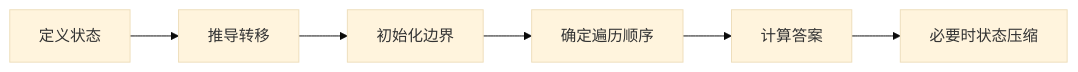
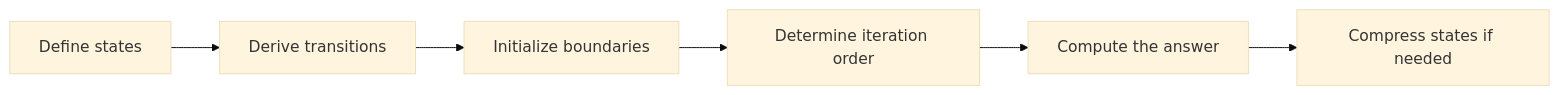
Before and after one commit to HONGLEI111/hhlblog-global: the second of 2 diagrams in src/content/technology/dp.md, drawn with Mermaid (base theme). The commit also changed 33 other files, not shown here.

First line of the commit message:
content(code): 翻译 mermaid 图节点标签（34 文件 / 267 处）

````diff
--- a/src/content/technology/dp.md
+++ b/src/content/technology/dp.md
@@ -245,8 +245,8 @@
 ```mermaid
 graph LR
-    A[定义状态] --> B[推导转移]
-    B --> C[初始化边界]
-    C --> D[确定遍历顺序]
-    D --> E[计算答案]
-    E --> F[必要时状态压缩]
+    A[Define states] --> B[Derive transitions]
+    B --> C[Initialize boundaries]
+    C --> D[Determine iteration order]
+    D --> E[Compute the answer]
+    E --> F[Compress states if needed]
 ```
````
